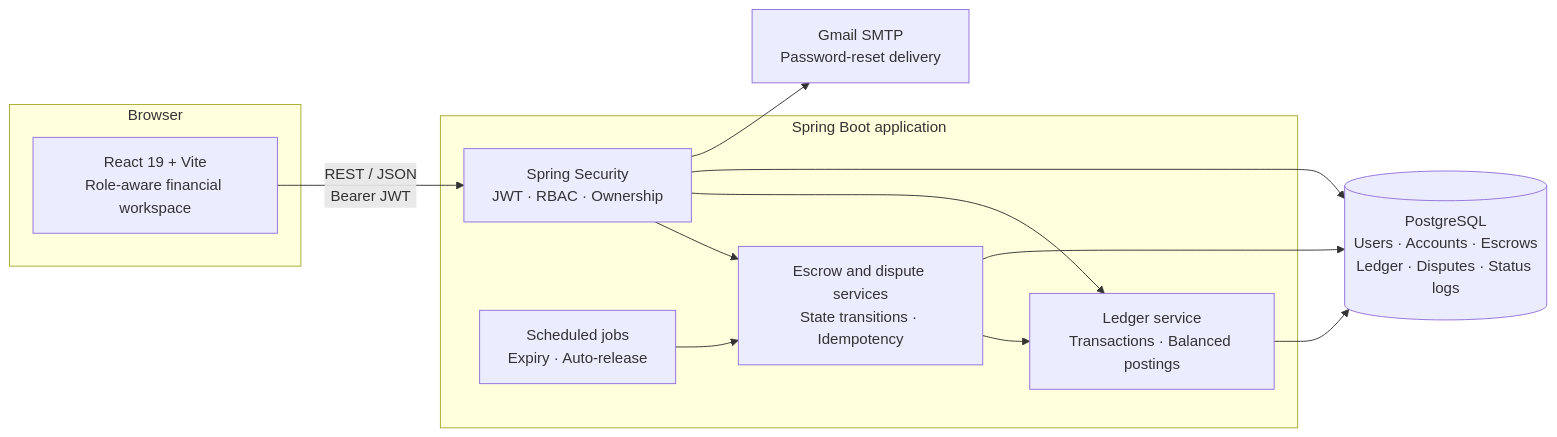
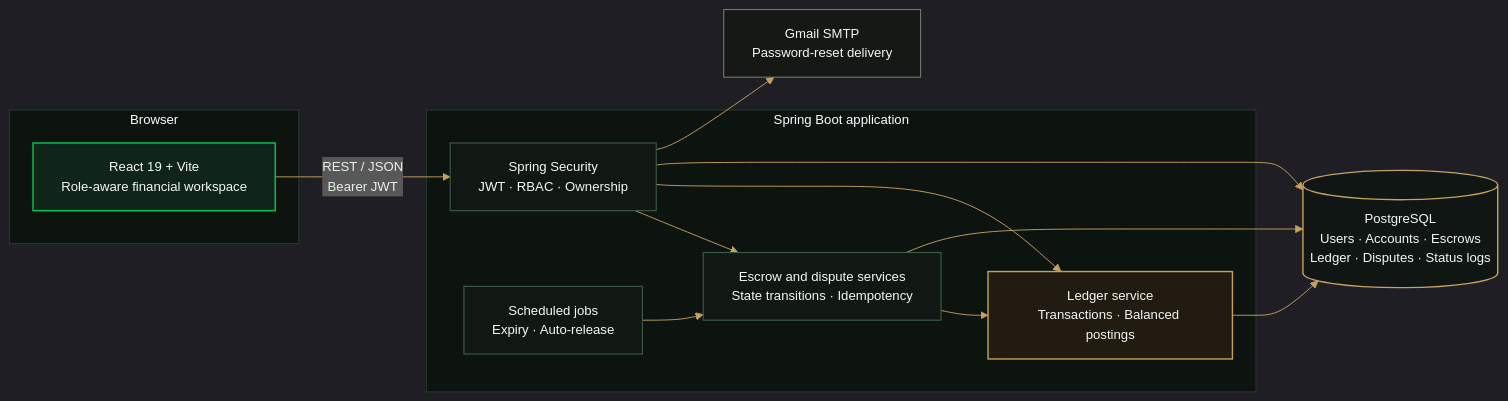
Before and after one commit to Siva2583/Revert-Pay-2.0: the first of 2 diagrams in README.md, drawn with Mermaid. The commit also changed other lines of this file and 1 other file, not shown here.

Commit message:
docs: polish README visuals and diagrams

````diff
--- a/README.md
+++ b/README.md
@@ -88,26 +92,38 @@
 ```mermaid
+%%{init: {"theme":"dark", "themeVariables":{"fontFamily":"Inter, Segoe UI, sans-serif", "fontSize":"14px", "lineColor":"#C6A15B", "clusterBkg":"#0D130F", "clusterBorder":"#2A3A30", "textColor":"#E8F0EA"}}}%%
 flowchart LR
     subgraph Client["Browser"]
         UI["React 19 + Vite<br/>Role-aware financial workspace"]
     end
 
     subgraph Server["Spring Boot application"]
         Security["Spring Security<br/>JWT · RBAC · Ownership"]
         Escrow["Escrow and dispute services<br/>State transitions · Idempotency"]
         Ledger["Ledger service<br/>Transactions · Balanced postings"]
         Jobs["Scheduled jobs<br/>Expiry · Auto-release"]
     end
 
     DB[("PostgreSQL<br/>Users · Accounts · Escrows<br/>Ledger · Disputes · Status logs")]
     Mail["Gmail SMTP<br/>Password-reset delivery"]
 
     UI -->|"REST / JSON<br/>Bearer JWT"| Security
     Security --> Escrow
     Security --> Ledger
     Jobs --> Escrow
     Escrow --> Ledger
     Escrow --> DB
     Ledger --> DB
     Security --> DB
     Security --> Mail
+
+    classDef client fill:#10251A,stroke:#00C853,color:#F4F7F5,stroke-width:1.5px;
+    classDef service fill:#111814,stroke:#3C5B47,color:#F4F7F5,stroke-width:1.2px;
+    classDef ledger fill:#211B11,stroke:#C6A15B,color:#F4F7F5,stroke-width:1.5px;
+    classDef datastore fill:#101614,stroke:#C6A15B,color:#F4F7F5,stroke-width:1.5px;
+    classDef external fill:#161816,stroke:#6E756F,color:#F4F7F5,stroke-width:1.2px;
+    class UI client;
+    class Security,Escrow,Jobs service;
+    class Ledger ledger;
+    class DB datastore;
+    class Mail external;
 ```
````
